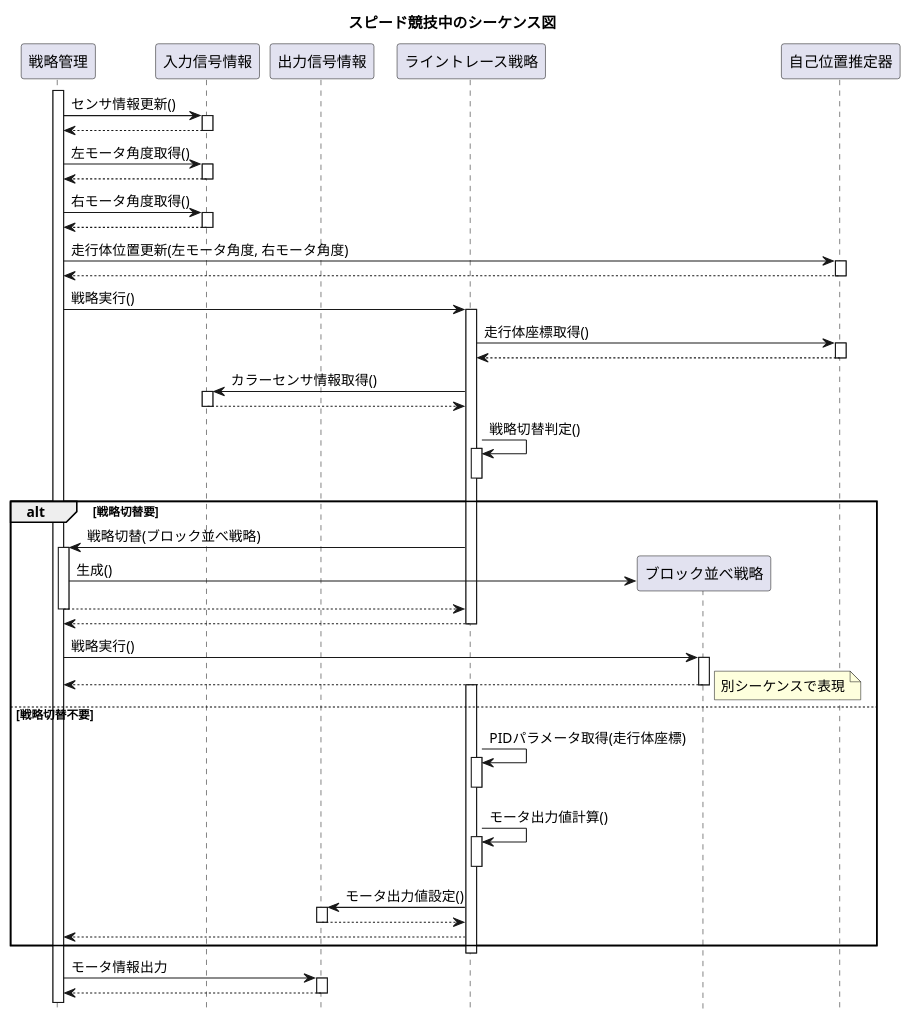
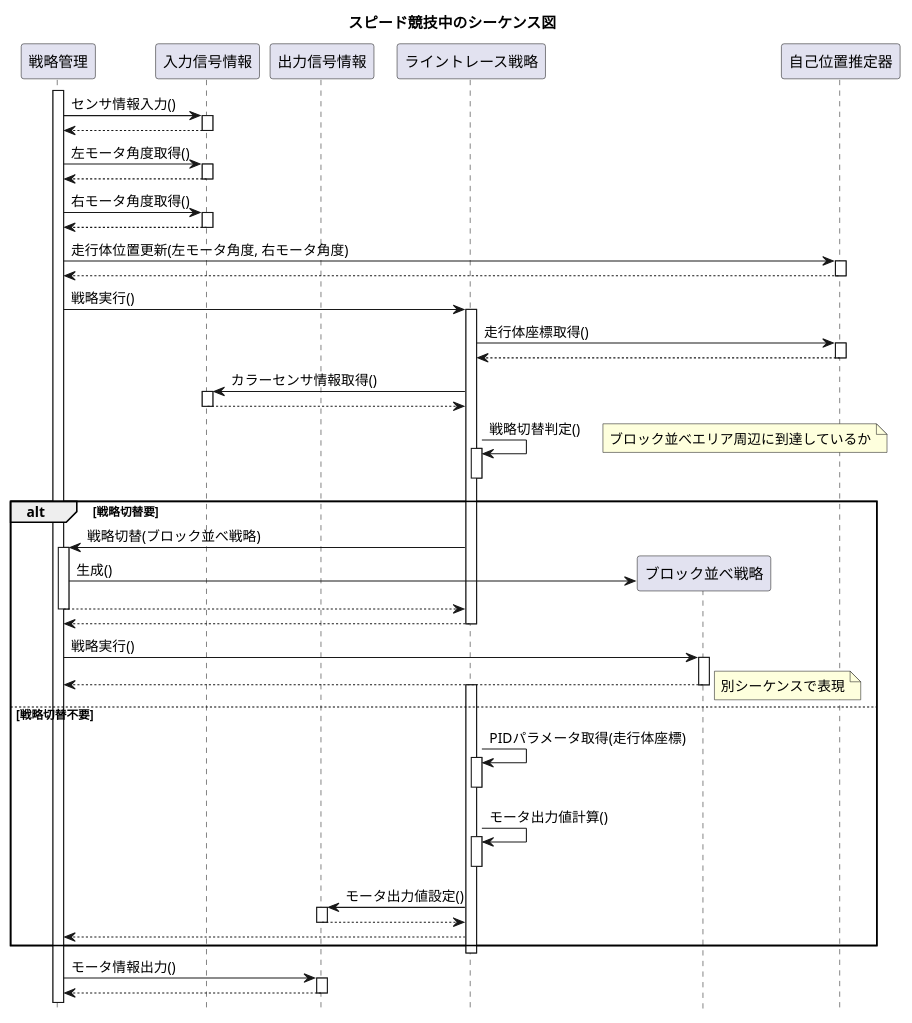
The diagram in 設計モデル/スピード競技中シーケンス図.puml (TK-R/ET2017-UML), drawn with PlantUML before and after one commit. The commit also changed 6 other files, not shown here.

Commit message:
シーケンス図の作成と状態遷移図の更新と設計クラス図の更新

```diff
--- a/設計モデル/スピード競技中シーケンス図.puml
+++ b/設計モデル/スピード競技中シーケンス図.puml
@@ -1,97 +1,96 @@
 @startuml
 title スピード競技中のシーケンス図
 hide footbox
 
 participant "戦略管理" as StManager
 participant "入力信号情報" as Input
 participant "出力信号情報" as Output
 participant "ライントレース戦略" as Linetrace
 participant "ブロック並べ戦略" as block
 
 activate StManager
-StManager -> Input : センサ情報更新()
+StManager -> Input : センサ情報入力()
 	activate Input
 	StManager <-- Input 
 	deactivate Input
 
 StManager -> Input : 左モータ角度取得()
 	activate Input
 	StManager <-- Input 
 	deactivate Input
 
 StManager -> Input : 右モータ角度取得()
 	activate Input
 	StManager <-- Input 
 	deactivate Input
 
 StManager -> 自己位置推定器 : 走行体位置更新(左モータ角度, 右モータ角度)
 	activate 自己位置推定器
 	StManager <-- 自己位置推定器
 	deactivate 自己位置推定器
 
 StManager -> Linetrace: 戦略実行()
 	activate Linetrace
 	Linetrace -> 自己位置推定器 : 走行体座標取得()
 		activate 自己位置推定器
 		Linetrace <-- 自己位置推定器
 		deactivate 自己位置推定器
 
 	Linetrace -> Input: カラーセンサ情報取得()
 		activate Input
 		Linetrace <-- Input
 		deactivate Input
 
 
 	Linetrace -> Linetrace : 戦略切替判定()
 		activate Linetrace
 		deactivate Linetrace
 
+		note right: ブロック並べエリア周辺に到達しているか
+
 	alt 戦略切替要
-
 		Linetrace -> StManager : 戦略切替(ブロック並べ戦略)
 			activate StManager
-			
 			create block
 			StManager -> block : 生成()
-
 			Linetrace <-- StManager
 			deactivate StManager
 	 	
 		StManager <-- Linetrace
 		deactivate Linetrace
 	
 	StManager -> block : 戦略実行()
 		activate block 
 		StManager <-- block
 		note right :別シーケンスで表現
 		deactivate block
 
 
 	else 戦略切替不要
 		activate Linetrace
 		Linetrace -> Linetrace: PIDパラメータ取得(走行体座標)
 			activate Linetrace
 			deactivate Linetrace
 
 		Linetrace -> Linetrace: モータ出力値計算()
 			activate Linetrace
 			deactivate Linetrace
 
 		Linetrace -> Output: モータ出力値設定()
 			activate Output
 			Linetrace <-- Output	
 			deactivate Output
 
 		StManager <-- Linetrace
 	end
 
 	
 	deactivate Linetrace
 
-StManager -> Output : モータ情報出力
+StManager -> Output : モータ情報出力()
 	activate Output
 	StManager <-- Output
 	deactivate Output
 
 
 @enduml
```
